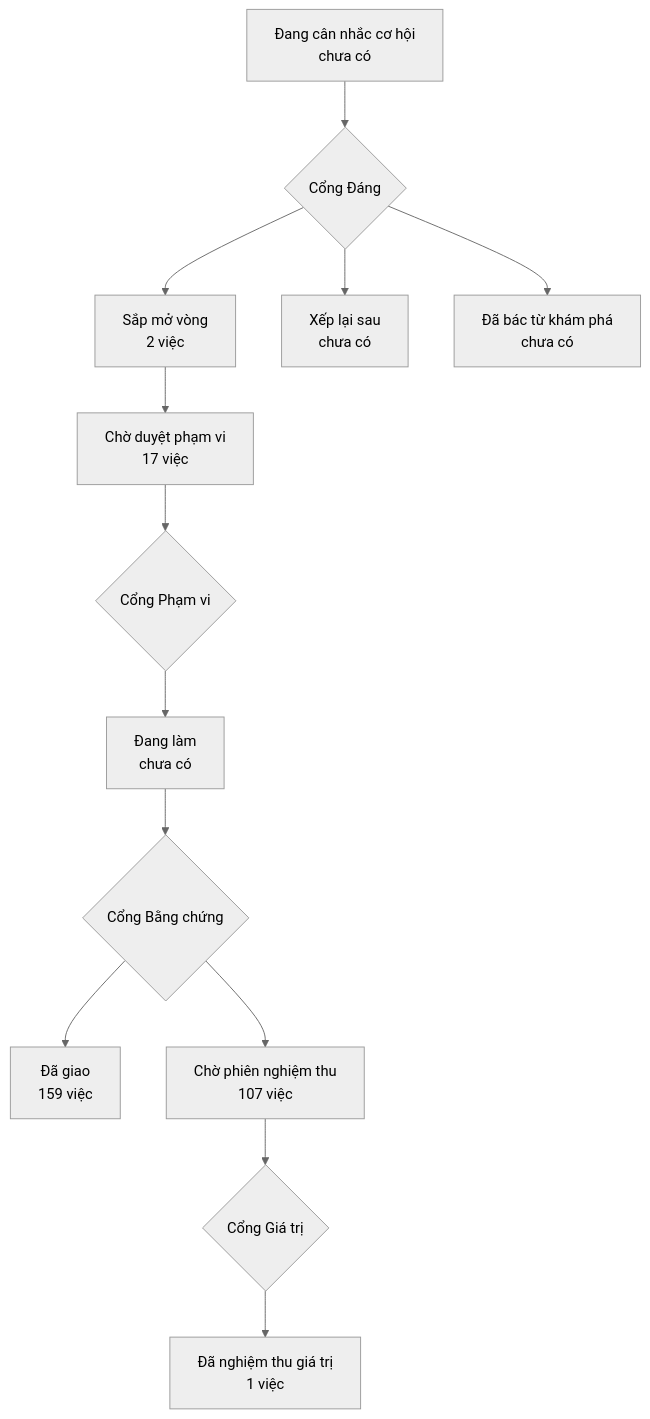
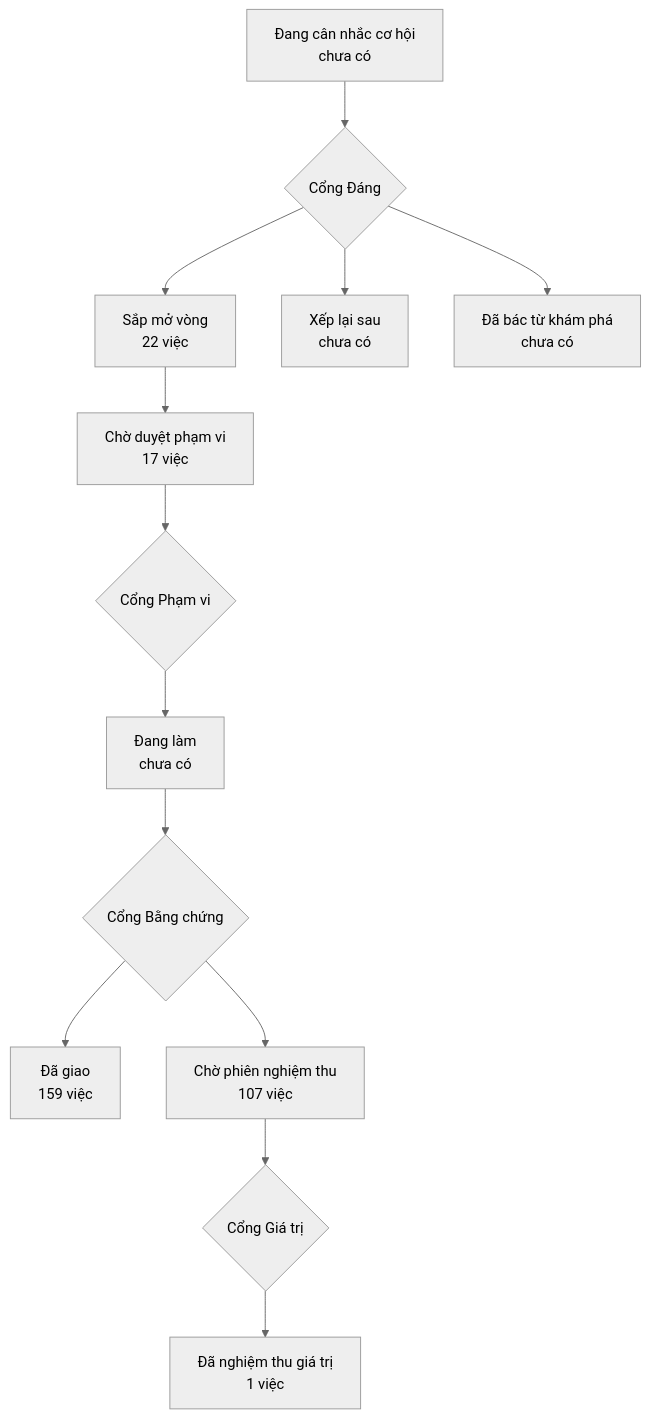
Before and after one commit to phanlemanh/onehub-invest: the diagram in PRODUCT-MAP.md, drawn with Mermaid (neutral theme). The commit also changed other lines of this file and 21 other files, not shown here.

````diff
--- a/PRODUCT-MAP.md
+++ b/PRODUCT-MAP.md
@@ -7,12 +7,12 @@
 ```mermaid
 flowchart TD
   A["Đang cân nhắc cơ hội<br/>chưa có"] --> GD{"Cổng Đáng"}
-  GD --> B["Sắp mở vòng<br/>2 việc"]
+  GD --> B["Sắp mở vòng<br/>22 việc"]
   GD --> XL["Xếp lại sau<br/>chưa có"]
   GD --> DB["Đã bác từ khám phá<br/>chưa có"]
   B --> CD["Chờ duyệt phạm vi<br/>17 việc"] --> GP{"Cổng Phạm vi"}
   GP --> DL["Đang làm<br/>chưa có"] --> GB{"Cổng Bằng chứng"}
   GB --> DG["Đã giao<br/>159 việc"]
   GB --> CN["Chờ phiên nghiệm thu<br/>107 việc"] --> GG{"Cổng Giá trị"}
   GG --> NT["Đã nghiệm thu giá trị<br/>1 việc"]
 ```
````
